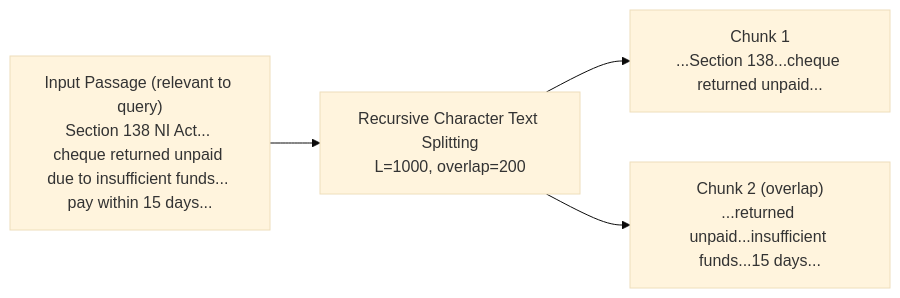
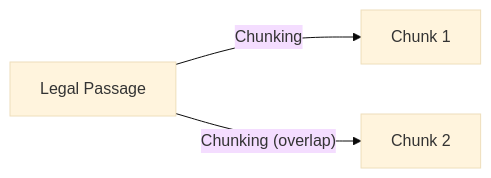
One commit to delisha02/droitdraft changed the second of 8 diagrams in docs/implementation.md. Above: the diagram before and after it, drawn with Mermaid (base theme). The commit also changed other lines of this file, not shown here.

````diff
--- a/docs/implementation.md
+++ b/docs/implementation.md
@@ -60,10 +92,5 @@
 ```mermaid
 flowchart LR
-    P["Input Passage (relevant to query)
-Section 138 NI Act... cheque returned unpaid due to insufficient funds... pay within 15 days..."] --> CH["Recursive Character Text Splitting
-L=1000, overlap=200"]
-    CH --> C1["Chunk 1
-...Section 138...cheque returned unpaid..."]
-    CH --> C2["Chunk 2 (overlap)
-...returned unpaid...insufficient funds...15 days..."]
+    P["Legal Passage"] --> |"Chunking"| C1["Chunk 1"]
+    P --> |"Chunking (overlap)"| C2["Chunk 2"]
 ```
````
